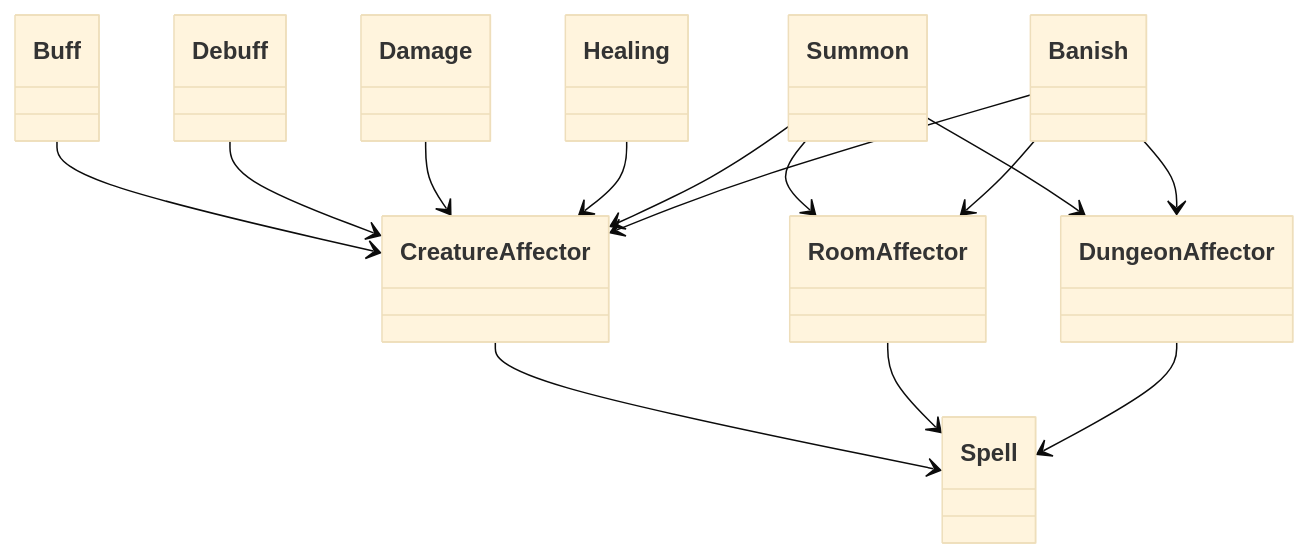
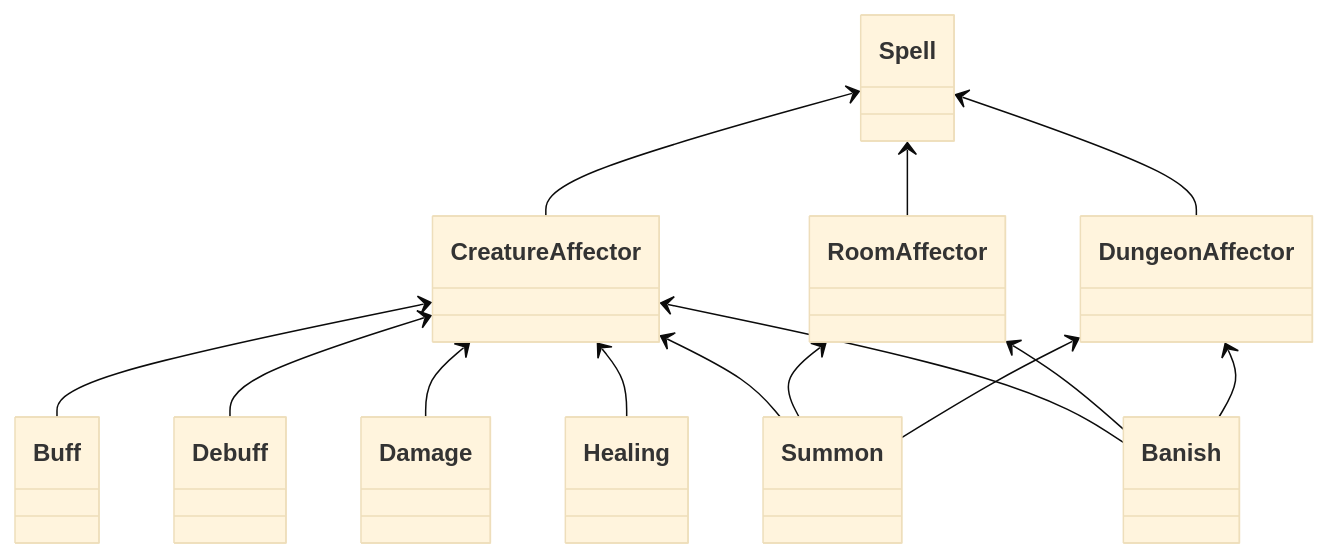
Before and after one commit to GeenDutchman/LHF-MUD: the second of 2 diagrams in README.md, drawn with Mermaid (base theme). The commit also changed other lines of this file, not shown here.

````diff
--- a/README.md
+++ b/README.md
@@ -80,36 +80,36 @@
 ```mermaid
 classDiagram
     class Spell
     class CreatureAffector
     class RoomAffector
     class DungeonAffector
     class Buff
     class Debuff
     class Damage
     class Healing
     class Summon
     class Banish
 
-    CreatureAffector --> Spell
-    RoomAffector --> Spell
-    DungeonAffector --> Spell
-    %% Buff --> Spell
-    %% Debuff --> Spell
-    %% Damage --> Spell
-    %% Healing --> Spell
-    %% Summon --> Spell
-    %% Banish --> Spell
+    Spell <-- CreatureAffector
+    Spell <-- RoomAffector
+    Spell <-- DungeonAffector
+    %% Spell <-- Buff
+    %% Spell <-- Debuff
+    %% Spell <-- Damage
+    %% Spell <-- Healing
+    %% Spell <-- Summon
+    %% Spell <-- Banish
 
-    Buff --> CreatureAffector
-    Debuff --> CreatureAffector
-    Damage --> CreatureAffector
-    Healing --> CreatureAffector
+    CreatureAffector <-- Buff
+    CreatureAffector <-- Debuff
+    CreatureAffector <-- Damage
+    CreatureAffector <-- Healing
 
-    Summon --> CreatureAffector
-    Banish --> CreatureAffector
-    Summon --> RoomAffector
-    Banish --> RoomAffector
-    Summon --> DungeonAffector
-    Banish --> DungeonAffector
+    CreatureAffector <-- Summon
+    CreatureAffector <-- Banish
+    RoomAffector <-- Summon
+    RoomAffector <-- Banish
+    DungeonAffector <-- Summon
+    DungeonAffector <-- Banish
 
 ```
````
